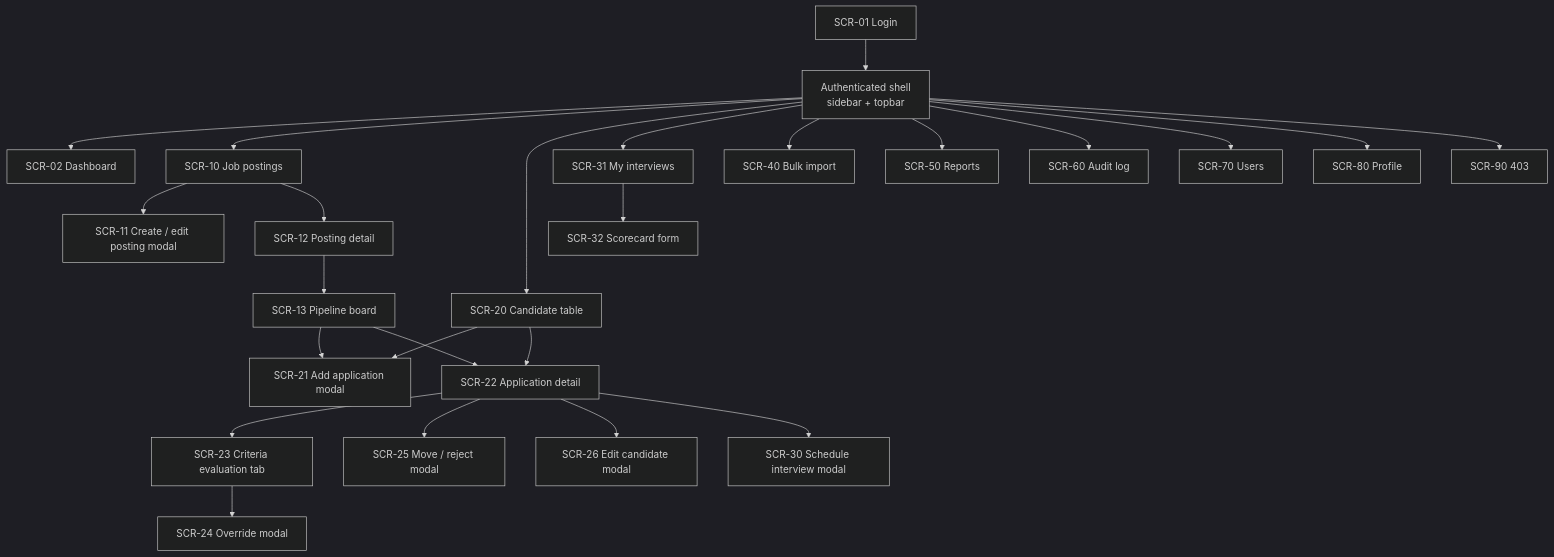
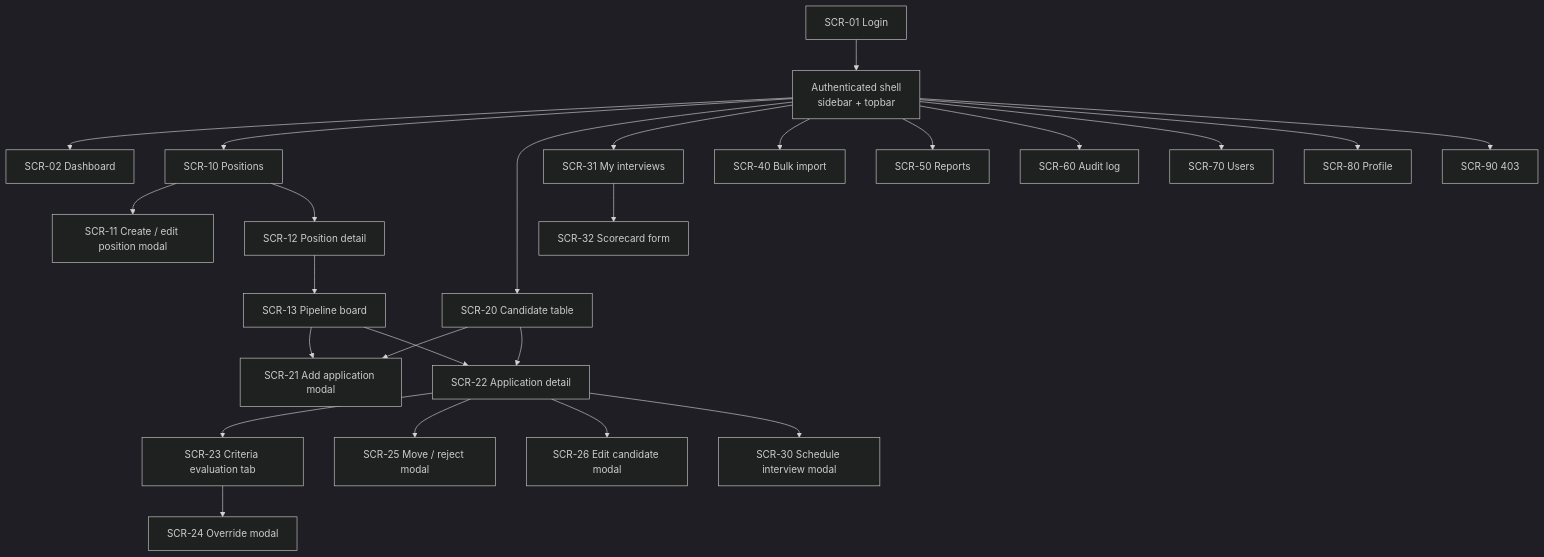
Before and after one commit to duongk18FPTU/recruitment-ats: the first of 4 diagrams in docs/04-information-architecture.md, drawn with Mermaid (dark theme). The commit also changed other lines of this file and 19 other files, not shown here.

First line of the commit message:
Rename job postings to internal positions across docs and UI

````diff
--- a/docs/04-information-architecture.md
+++ b/docs/04-information-architecture.md
@@ -128,27 +128,27 @@
 ```mermaid
 flowchart TB
     Login["SCR-01 Login"] --> Shell["Authenticated shell<br/>sidebar + topbar"]
     Shell --> Dashboard["SCR-02 Dashboard"]
-    Shell --> Jobs["SCR-10 Job postings"]
-    Jobs --> JobForm["SCR-11 Create / edit posting modal"]
-    Jobs --> JobDetail["SCR-12 Posting detail"]
+    Shell --> Jobs["SCR-10 Positions"]
+    Jobs --> JobForm["SCR-11 Create / edit position modal"]
+    Jobs --> JobDetail["SCR-12 Position detail"]
     JobDetail --> Pipeline["SCR-13 Pipeline board"]
     Shell --> Candidates["SCR-20 Candidate table"]
     Candidates --> AddApp["SCR-21 Add application modal"]
     Pipeline --> AddApp
     Candidates --> AppDetail["SCR-22 Application detail"]
     Pipeline --> AppDetail
     AppDetail --> AI["SCR-23 Criteria evaluation tab"]
     AI --> Override["SCR-24 Override modal"]
     AppDetail --> Move["SCR-25 Move / reject modal"]
     AppDetail --> EditCand["SCR-26 Edit candidate modal"]
     AppDetail --> Schedule["SCR-30 Schedule interview modal"]
     Shell --> MyInterviews["SCR-31 My interviews"]
     MyInterviews --> Scorecard["SCR-32 Scorecard form"]
     Shell --> Import["SCR-40 Bulk import"]
     Shell --> Reports["SCR-50 Reports"]
     Shell --> Audit["SCR-60 Audit log"]
     Shell --> Users["SCR-70 Users"]
     Shell --> Profile["SCR-80 Profile"]
     Shell --> Forbidden["SCR-90 403"]
 ```
````
